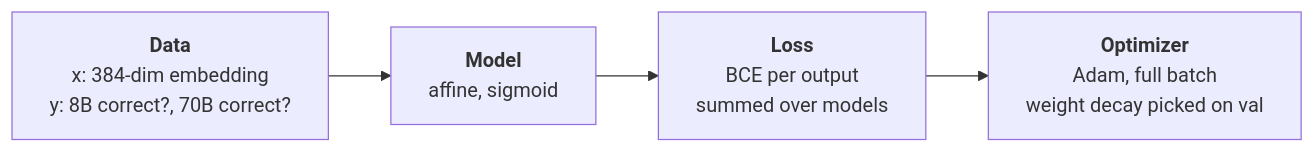
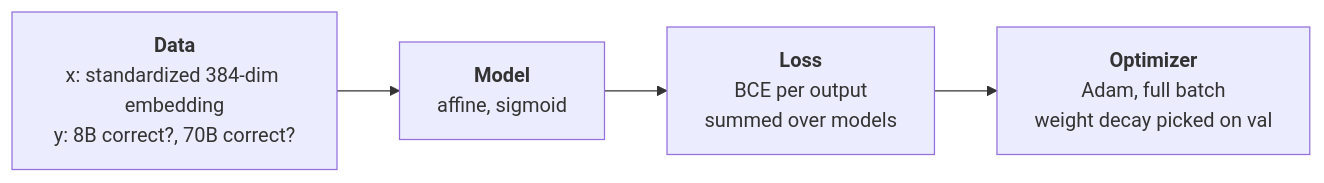
The third of 5 diagrams in architecture.md (krishan-g/llm-query-router), drawn with Mermaid before and after one commit. The commit also changed other lines of this file, not shown here.

Commit message:
updated architecture

````diff
--- a/architecture.md
+++ b/architecture.md
@@ -25,4 +25,4 @@
 ```mermaid
 flowchart LR
-    D[<b>Data</b><br/>x: 384-dim embedding<br/>y: 8B correct?, 70B correct?] --> M[<b>Model</b><br/>affine, sigmoid] --> L[<b>Loss</b><br/>BCE per output<br/>summed over models] --> O[<b>Optimizer</b><br/>Adam, full batch<br/>weight decay picked on val]
+    D[<b>Data</b><br/>x: standardized 384-dim embedding<br/>y: 8B correct?, 70B correct?] --> M[<b>Model</b><br/>affine, sigmoid] --> L[<b>Loss</b><br/>BCE per output<br/>summed over models] --> O[<b>Optimizer</b><br/>Adam, full batch<br/>weight decay picked on val]
 ```
````
